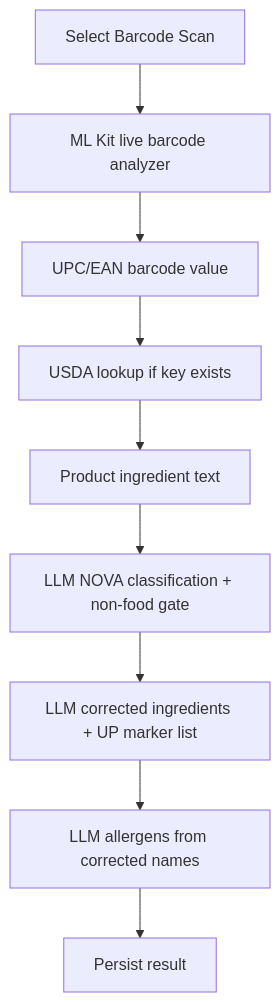
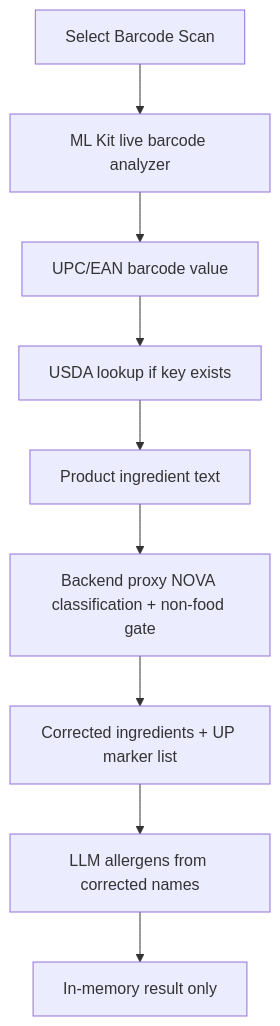
One commit to Bhagat-Atul/ultraprocessed changed the seventh of 8 diagrams in documentation/00-android-app-guide.md. Above: the diagram before and after it, drawn with Mermaid. The commit also changed other lines of this file and 54 other files, not shown here.

````diff
--- a/documentation/00-android-app-guide.md
+++ b/documentation/00-android-app-guide.md
@@ -195,11 +190,11 @@
 ```mermaid
 flowchart TD
     Select[Select Barcode Scan] --> Live[ML Kit live barcode analyzer]
     Live --> Code[UPC/EAN barcode value]
     Code --> USDA[USDA lookup if key exists]
     USDA --> Ingredients[Product ingredient text]
-    Ingredients --> Nova[LLM NOVA classification + non-food gate]
-    Nova --> Cleanup[LLM corrected ingredients + UP marker list]
+    Ingredients --> Nova[Backend proxy NOVA classification + non-food gate]
+    Nova --> Cleanup[Corrected ingredients + UP marker list]
     Cleanup --> Allergens[LLM allergens from corrected names]
-    Allergens --> History[Persist result]
+    Allergens --> Result[In-memory result only]
 ```
````
